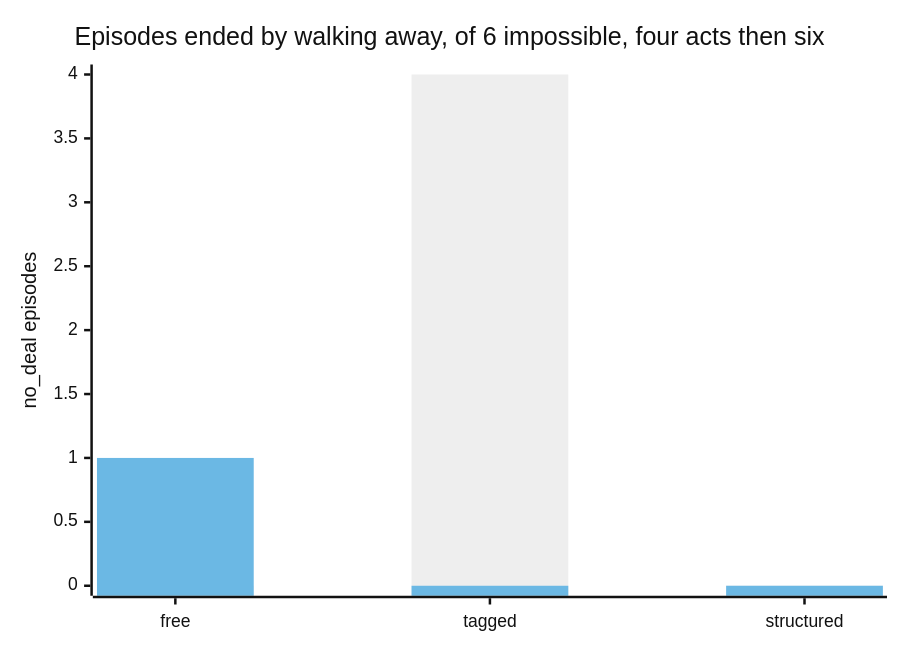
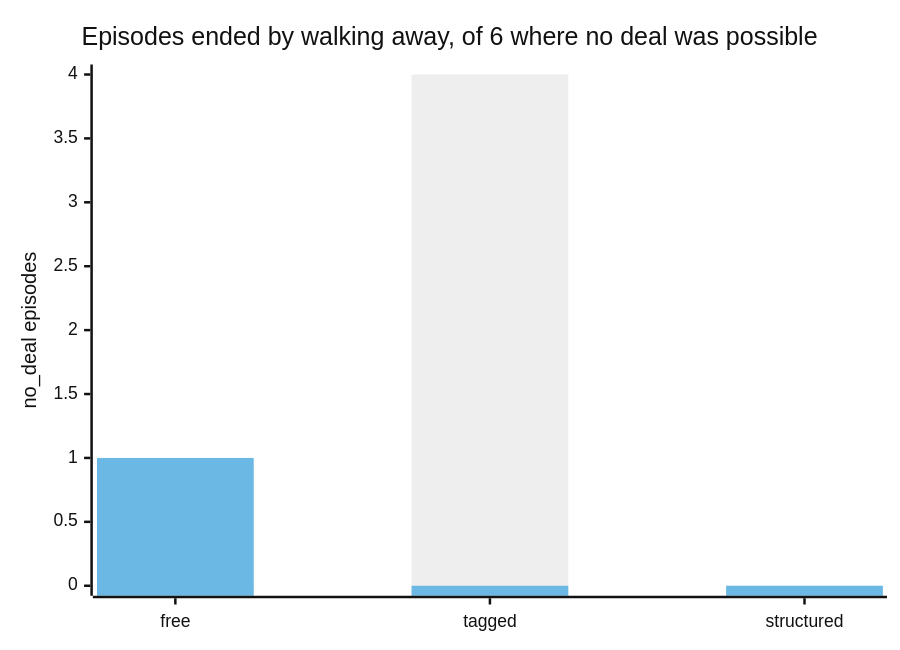
One commit to Q00/ai-agent-engineering-101 changed the fourth of 5 diagrams in submissions/26510126/week-04/REPORT.md. Above: the diagram before and after it, drawn with Mermaid (neutral theme). The commit also changed other lines of this file, not shown here.

First line of the commit message:
docs(week-04): name the chart series now that the renderer has legends

````diff
--- a/submissions/26510126/week-04/REPORT.md
+++ b/submissions/26510126/week-04/REPORT.md
@@ -655,8 +655,8 @@
 ```mermaid
-xychart-beta
-    title "Episodes ended by walking away, of 6 impossible, four acts then six"
+xychart
+    title "Episodes ended by walking away, of 6 where no deal was possible"
     x-axis [free, tagged, structured]
     y-axis "no_deal episodes" 0 --> 4
-    bar [0, 4, 0]
-    bar [1, 0, 0]
+    bar "four acts" [0, 4, 0]
+    bar "six acts" [1, 0, 0]
 ```
````
